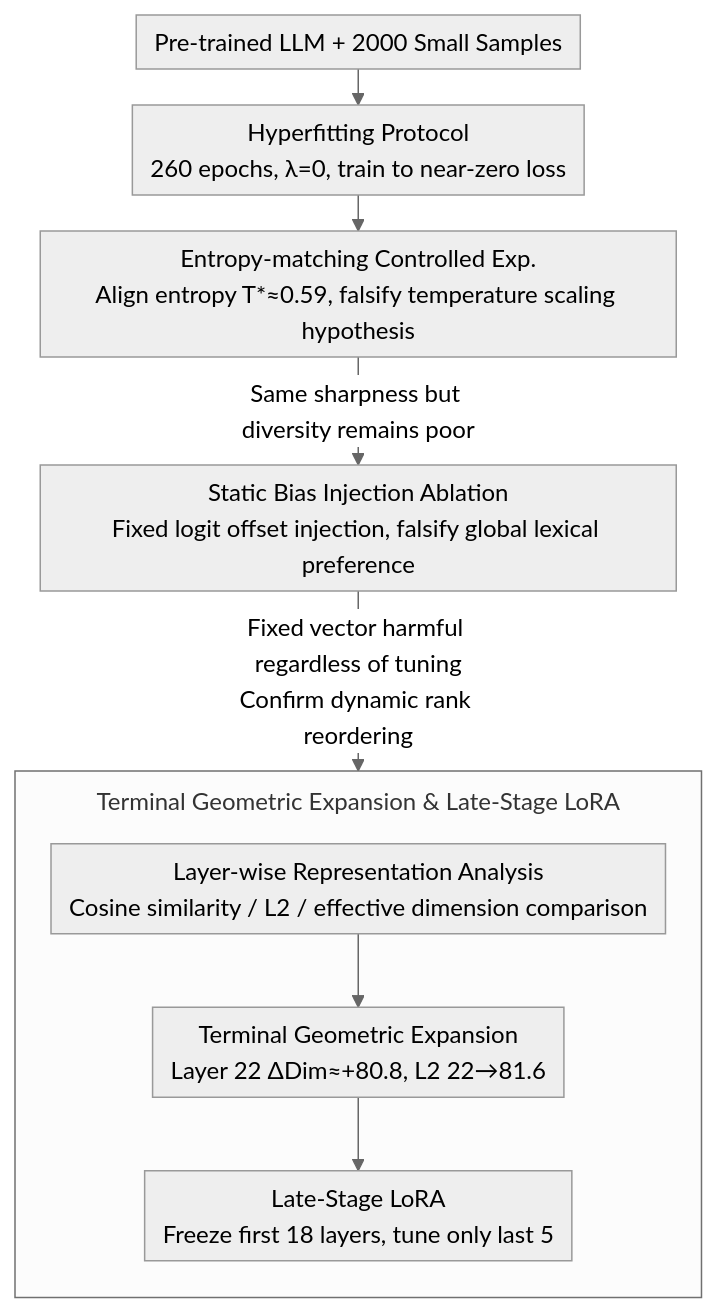
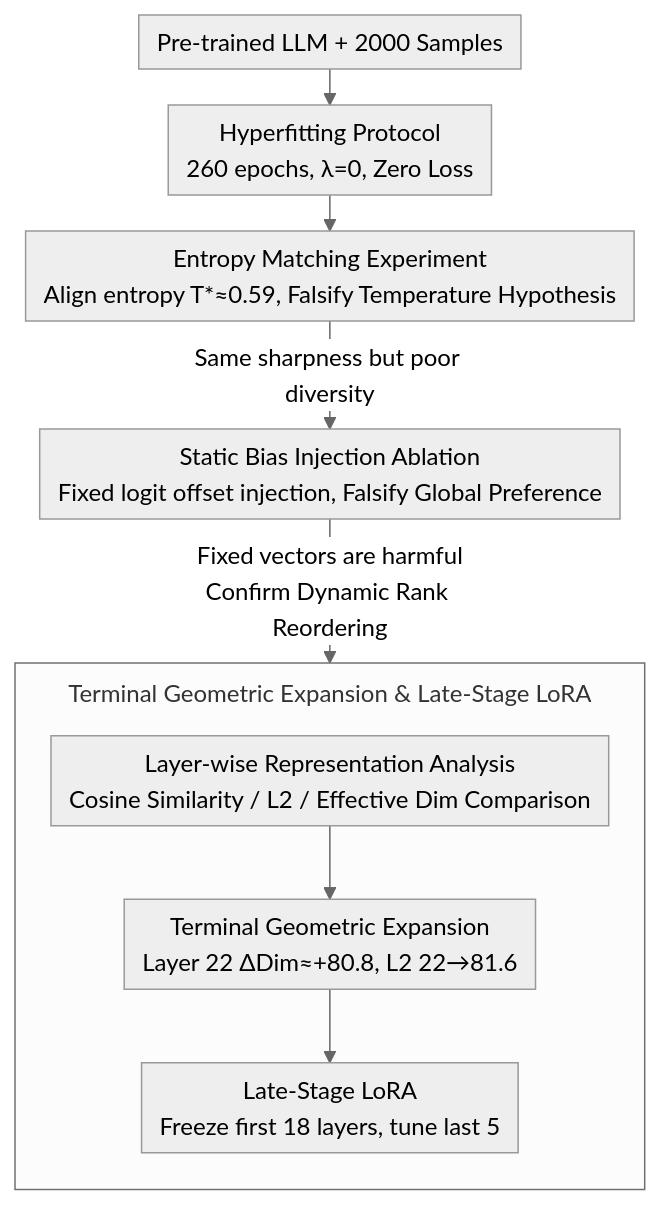
The diagram in docs/ICML2026/model_compression/beyond_temperature_hyperfitting_as_a_late-stage_geometric_expansion.md (zhaoyang97/Paper-Notes-en), drawn with Mermaid (neutral theme) before and after one commit. The commit also changed other lines of this file and 5084 other files, not shown here.

````diff
--- a/docs/ICML2026/model_compression/beyond_temperature_hyperfitting_as_a_late-stage_geometric_expansion.md
+++ b/docs/ICML2026/model_compression/beyond_temperature_hyperfitting_as_a_late-stage_geometric_expansion.md
@@ -44,13 +44,13 @@
 ```mermaid
 %%{init: {'flowchart': {'rankSpacing': 24, 'nodeSpacing': 28, 'padding': 6, 'wrappingWidth': 400, 'subGraphTitleMargin': {'top': 8, 'bottom': 16}}}}%%
 flowchart TD
-    A["Pre-trained LLM + 2000 Small Samples"] --> B["Hyperfitting Protocol<br/>260 epochs, λ=0, train to near-zero loss"]
-    B --> C["Entropy-matching Controlled Exp.<br/>Align entropy T*≈0.59, falsify temperature scaling hypothesis"]
-    C -->|Same sharpness but diversity remains poor| D["Static Bias Injection Ablation<br/>Fixed logit offset injection, falsify global lexical preference"]
-    D -->|Fixed vector harmful regardless of tuning<br/>Confirm dynamic rank reordering| E
+    A["Pre-trained LLM + 2000 Samples"] --> B["Hyperfitting Protocol<br/>260 epochs, λ=0, Zero Loss"]
+    B --> C["Entropy Matching Experiment<br/>Align entropy T*≈0.59, Falsify Temperature Hypothesis"]
+    C -->|Same sharpness but poor diversity| D["Static Bias Injection Ablation<br/>Fixed logit offset injection, Falsify Global Preference"]
+    D -->|Fixed vectors are harmful<br/>Confirm Dynamic Rank Reordering| E
     subgraph S3["Terminal Geometric Expansion & Late-Stage LoRA"]
         direction TB
-        E["Layer-wise Representation Analysis<br/>Cosine similarity / L2 / effective dimension comparison"] --> F["Terminal Geometric Expansion<br/>Layer 22 ΔDim≈+80.8, L2 22→81.6"]
-        F --> G["Late-Stage LoRA<br/>Freeze first 18 layers, tune only last 5"]
+        E["Layer-wise Representation Analysis<br/>Cosine Similarity / L2 / Effective Dim Comparison"] --> F["Terminal Geometric Expansion<br/>Layer 22 ΔDim≈+80.8, L2 22→81.6"]
+        F --> G["Late-Stage LoRA<br/>Freeze first 18 layers, tune last 5"]
     end
 ```
````
